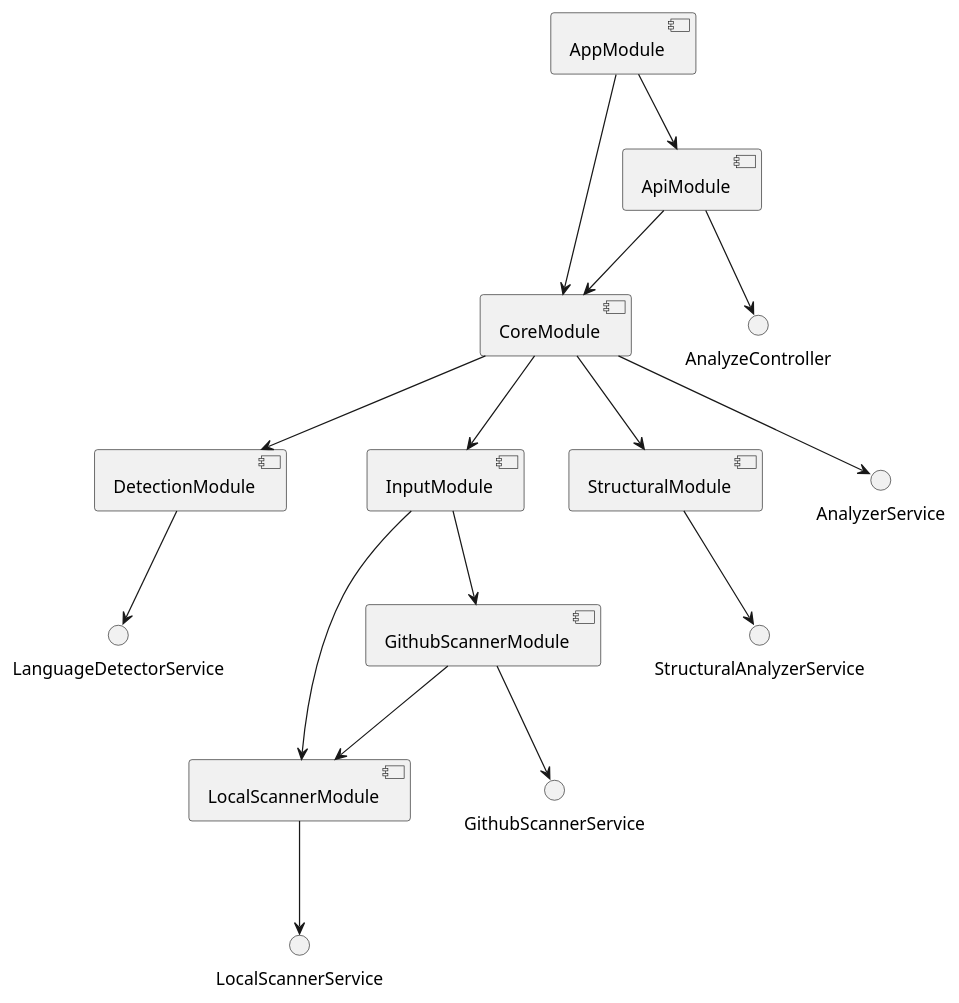
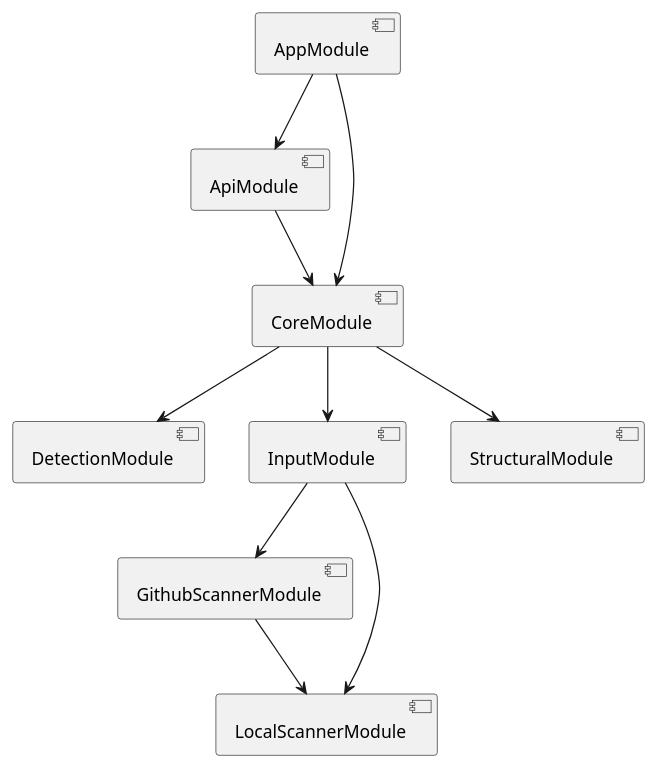
Before and after one commit to jayasati/Repo-Analyzer: the diagram in diagrams/component-diagram.puml, drawn with PlantUML. The commit also changed 1 other file, not shown here.

Commit message:
fix(diagram): restrict component diagram edges to module-to-module relationships
- Filtered module wiring edges to exclude controller and service targets
- Enforced single abstraction level in component diagrams
- Prevented class-level dependencies from leaking into module architecture views

```diff
--- a/diagrams/component-diagram.puml
+++ b/diagrams/component-diagram.puml
@@ -1,25 +1,19 @@
 @startuml
 component AppModule
 component ApiModule
 component CoreModule
 component DetectionModule
 component InputModule
 component StructuralModule
 component GithubScannerModule
 component LocalScannerModule
 AppModule --> CoreModule
 AppModule --> ApiModule
 ApiModule --> CoreModule
-ApiModule --> AnalyzeController
 CoreModule --> InputModule
 CoreModule --> DetectionModule
 CoreModule --> StructuralModule
-CoreModule --> AnalyzerService
-DetectionModule --> LanguageDetectorService
 InputModule --> LocalScannerModule
 InputModule --> GithubScannerModule
-StructuralModule --> StructuralAnalyzerService
 GithubScannerModule --> LocalScannerModule
-GithubScannerModule --> GithubScannerService
-LocalScannerModule --> LocalScannerService
 @enduml
```
